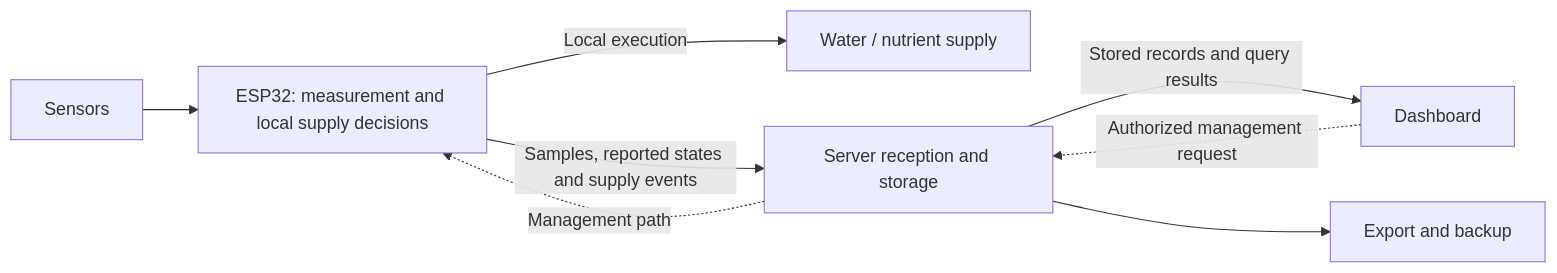
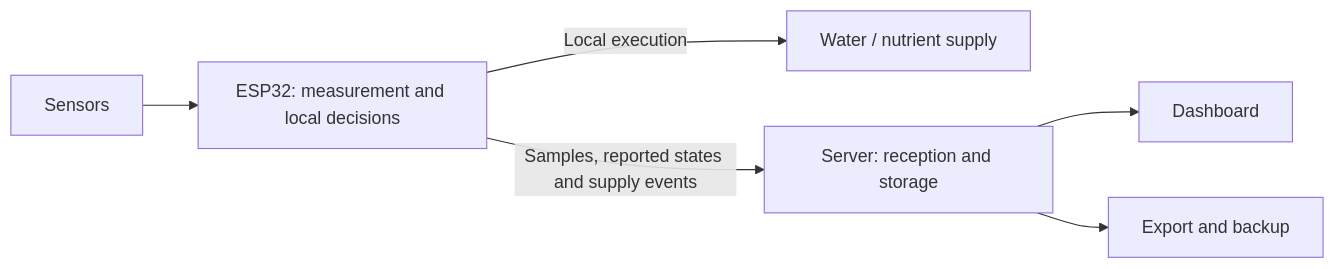
Before and after one commit to YEOChanmin/lysimeter-research-notes: the diagram in docs/ARCHITECTURE.md, drawn with Mermaid. The commit also changed other lines of this file, not shown here.

Commit message:
docs: simplify diagram and explain management path

````diff
--- a/docs/ARCHITECTURE.md
+++ b/docs/ARCHITECTURE.md
@@ -5,10 +5,8 @@
 ```mermaid
 flowchart LR
-    S["Sensors"] --> D["ESP32: measurement and local supply decisions"]
+    S["Sensors"] --> D["ESP32: measurement and local decisions"]
     D -->|Local execution| A["Water / nutrient supply"]
-    D -->|Samples, reported states and supply events| R["Server reception and storage"]
-    R -->|Stored records and query results| U["Dashboard"]
+    D -->|Samples, reported states and supply events| R["Server: reception and storage"]
+    R --> U["Dashboard"]
     R --> E["Export and backup"]
-    U -. Authorized management request .-> R
-    R -. Management path .-> D
 ```
````
